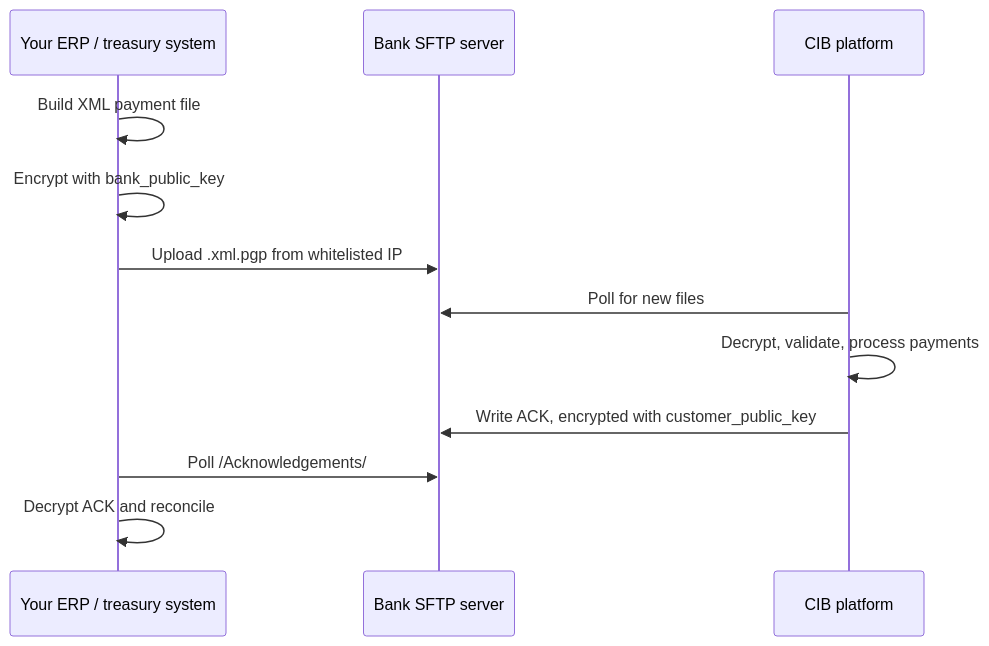
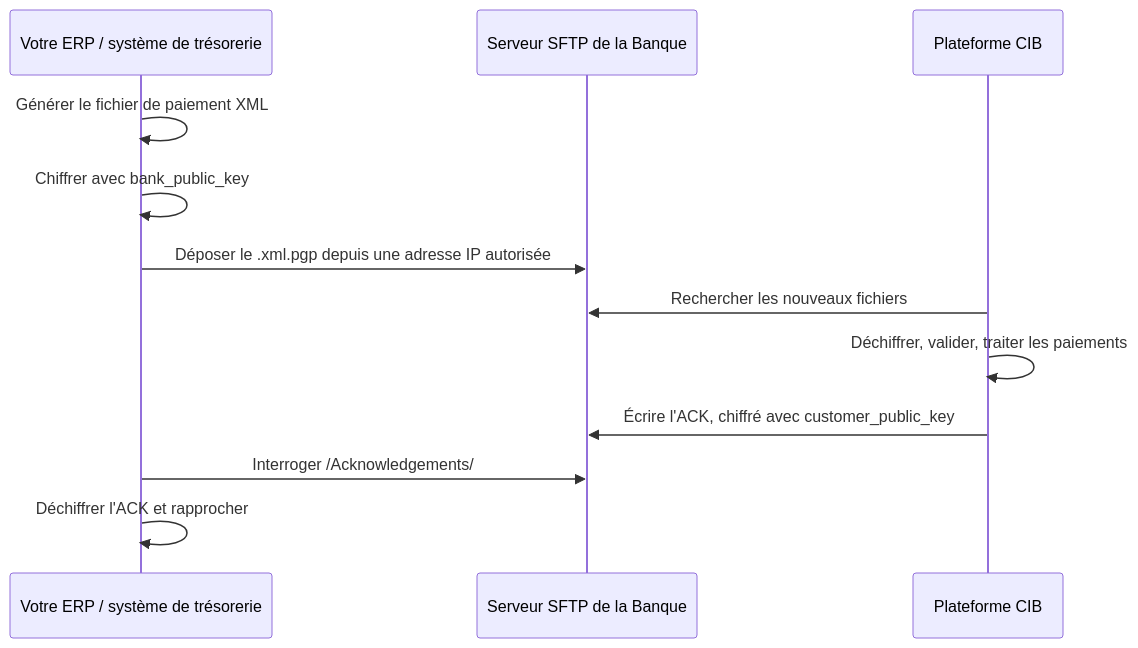
Before and after one commit to z3k9/docs: the diagram in host-to-host/overview.mdx, drawn with Mermaid. The commit also changed other lines of this file and 120 other files, not shown here.

````diff
--- a/host-to-host/overview.mdx
+++ b/host-to-host/overview.mdx
@@ -29,14 +29,14 @@
 ```mermaid
 sequenceDiagram
-    participant C as Your ERP / treasury system
-    participant S as Bank SFTP server
-    participant B as CIB platform
-    C->>C: Build XML payment file
-    C->>C: Encrypt with bank_public_key
-    C->>S: Upload .xml.pgp from whitelisted IP
-    B->>S: Poll for new files
-    B->>B: Decrypt, validate, process payments
-    B->>S: Write ACK, encrypted with customer_public_key
-    C->>S: Poll /Acknowledgements/
-    C->>C: Decrypt ACK and reconcile
+    participant C as Votre ERP / système de trésorerie
+    participant S as Serveur SFTP de la Banque
+    participant B as Plateforme CIB
+    C->>C: Générer le fichier de paiement XML
+    C->>C: Chiffrer avec bank_public_key
+    C->>S: Déposer le .xml.pgp depuis une adresse IP autorisée
+    B->>S: Rechercher les nouveaux fichiers
+    B->>B: Déchiffrer, valider, traiter les paiements
+    B->>S: Écrire l'ACK, chiffré avec customer_public_key
+    C->>S: Interroger /Acknowledgements/
+    C->>C: Déchiffrer l'ACK et rapprocher
 ```
````
